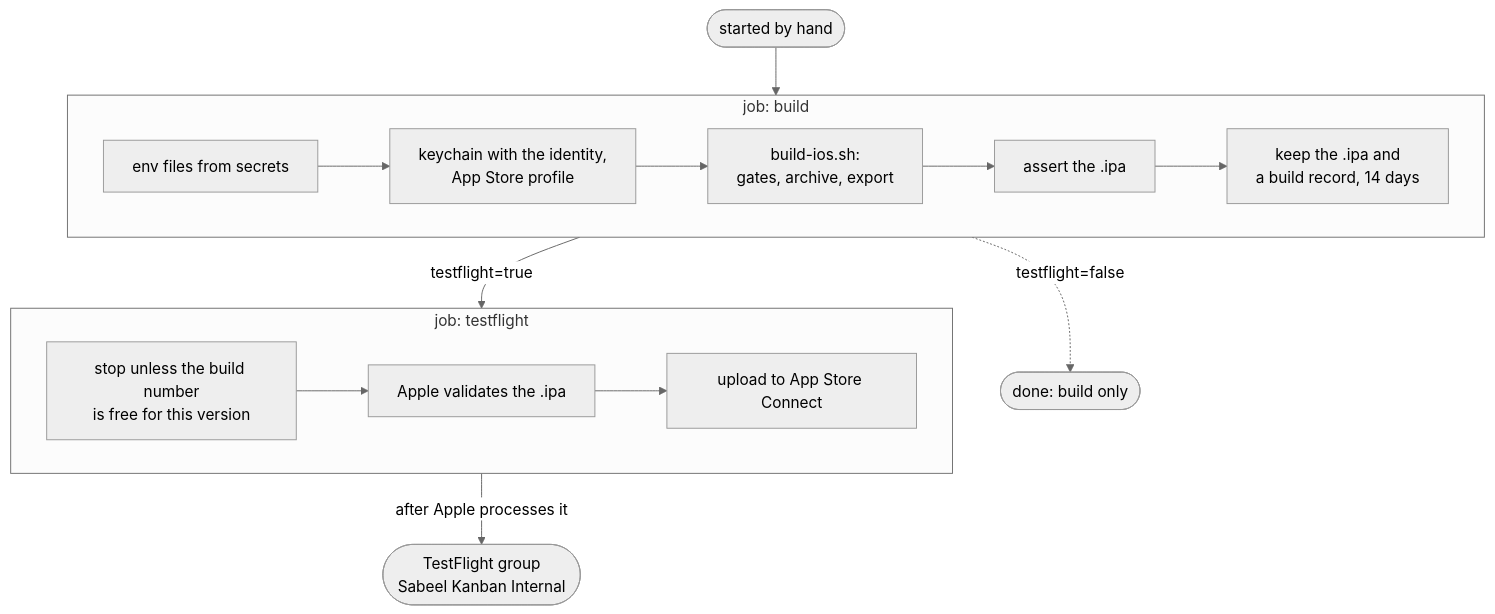
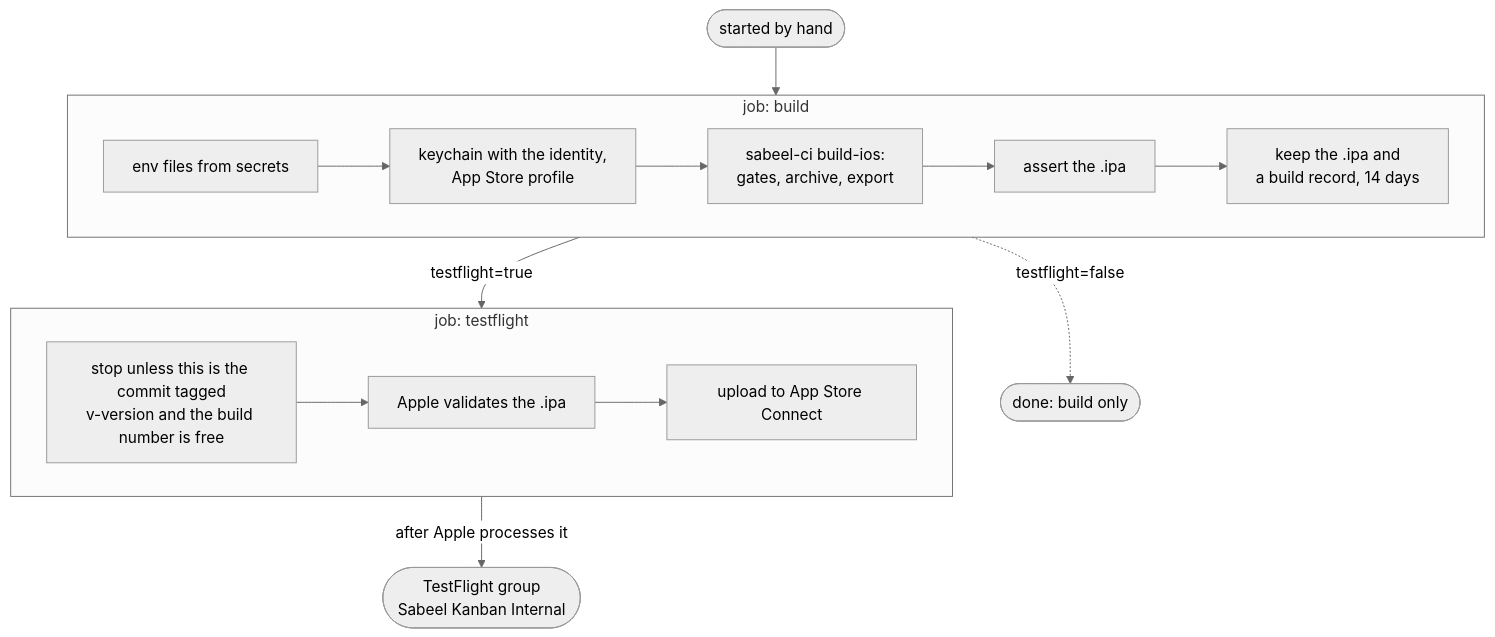
The diagram in docs/IOS-BUILD.md (Sabeel-Institute/sabeel-institute-kanban), drawn with Mermaid (neutral theme) before and after one commit. The commit also changed other lines of this file and 13 other files, not shown here.

````diff
--- a/docs/IOS-BUILD.md
+++ b/docs/IOS-BUILD.md
@@ -524,19 +526,19 @@
 ```mermaid
 flowchart TB
   start([started by hand]) --> build
   subgraph build [job: build]
     direction LR
     b1[env files from secrets] --> b2[keychain with the identity,<br/>App Store profile]
-    b2 --> b3[build-ios.sh:<br/>gates, archive, export]
+    b2 --> b3[sabeel-ci build-ios:<br/>gates, archive, export]
     b3 --> b4[assert the .ipa]
     b4 --> b5[keep the .ipa and<br/>a build record, 14 days]
   end
   build -. "testflight=false" .-> done([done: build only])
   build -- "testflight=true" --> tf
   subgraph tf [job: testflight]
     direction LR
-    t1[stop unless the build number<br/>is free for this version] --> t2[Apple validates the .ipa]
+    t1[stop unless this is the commit tagged<br/>v-version and the build number is free] --> t2[Apple validates the .ipa]
     t2 --> t3[upload to App Store Connect]
   end
   tf -- "after Apple processes it" --> group([TestFlight group<br/>Sabeel Kanban Internal])
 ```
````
